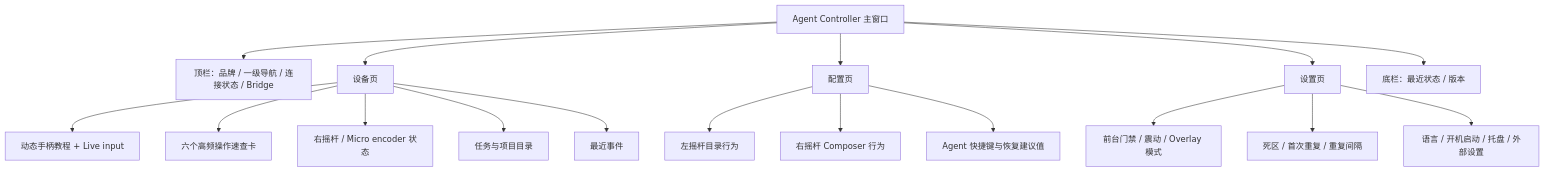
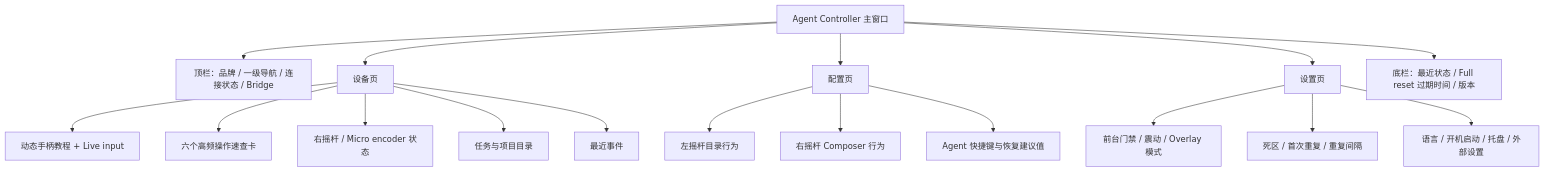
The first of 2 diagrams in public/docs/interface-design.md (gantrol/AgentController), drawn with Mermaid before and after one commit. The commit also changed other lines of this file and 49 other files, not shown here.

````diff
--- a/public/docs/interface-design.md
+++ b/public/docs/interface-design.md
@@ -21,22 +21,22 @@
 ```mermaid
 flowchart TD
     Window["Agent Controller 主窗口"] --> Header["顶栏：品牌 / 一级导航 / 连接状态 / Bridge"]
     Window --> Device["设备页"]
     Window --> Config["配置页"]
     Window --> Settings["设置页"]
-    Window --> Footer["底栏：最近状态 / 版本"]
+    Window --> Footer["底栏：最近状态 / Full reset 过期时间 / 版本"]
 
     Device --> Tutorial["动态手柄教程 + Live input"]
     Device --> Quick["六个高频操作速查卡"]
     Device --> Dial["右摇杆 / Micro encoder 状态"]
     Device --> Sidebar["任务与项目目录"]
     Device --> Events["最近事件"]
 
     Config --> LeftStick["左摇杆目录行为"]
     Config --> RightStick["右摇杆 Composer 行为"]
     Config --> Shortcuts["Agent 快捷键与恢复建议值"]
 
     Settings --> Behavior["前台门禁 / 震动 / Overlay 模式"]
     Settings --> Tuning["死区 / 首次重复 / 重复间隔"]
     Settings --> System["语言 / 开机启动 / 托盘 / 外部设置"]
 ```
````
